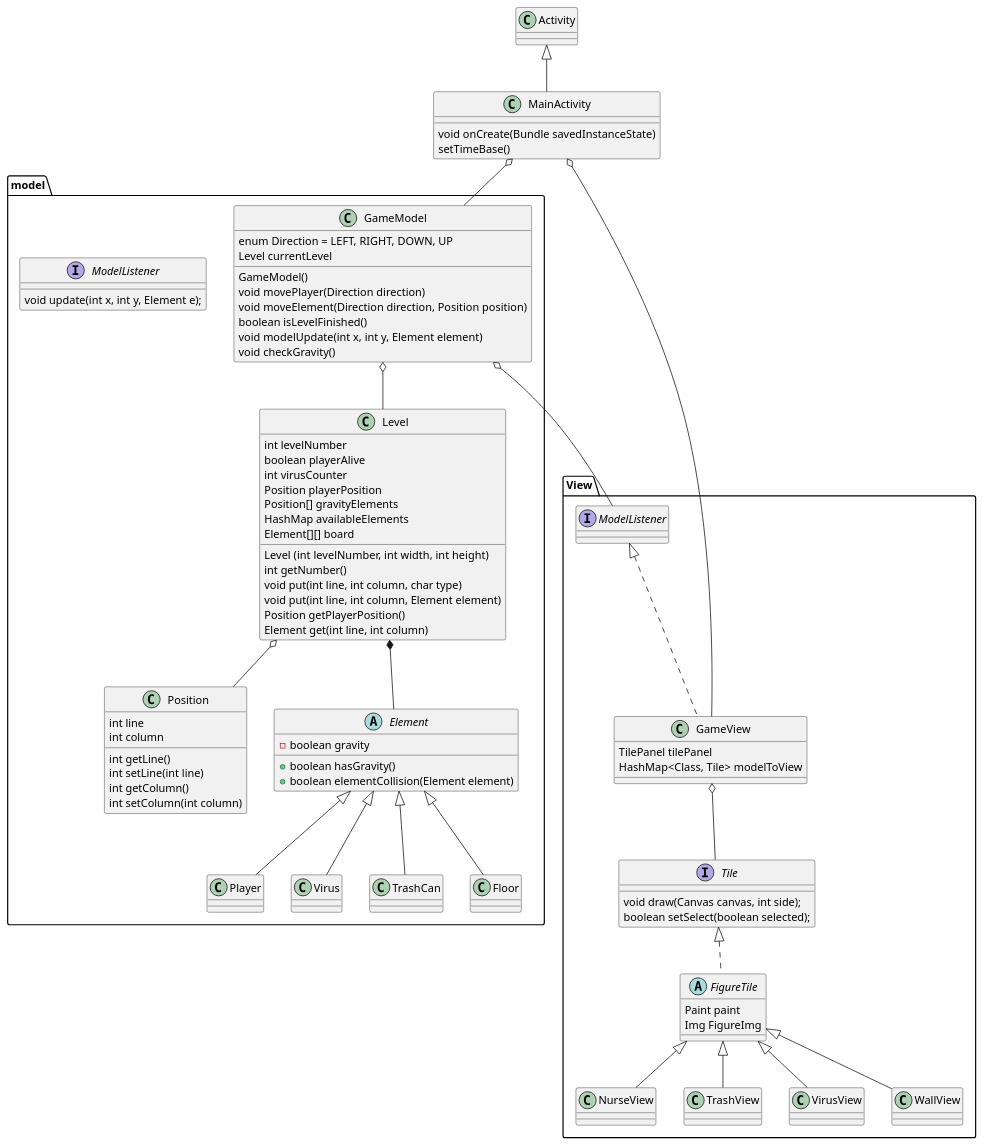
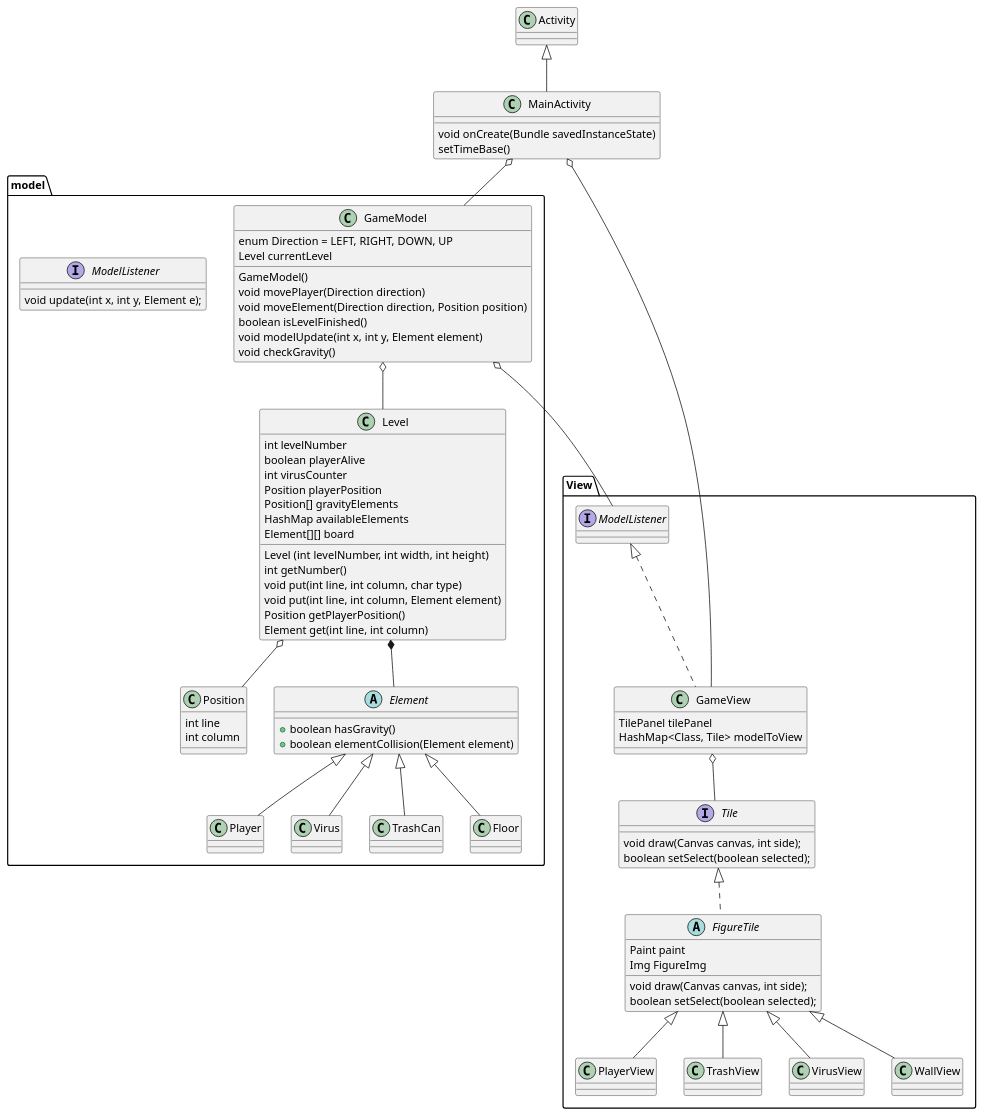
The diagram in covid.puml (Celthund/OOP-Serie3), drawn with PlantUML before and after one commit.

Commit message:
add new method remove unnecessary properties

```diff
--- a/covid.puml
+++ b/covid.puml
@@ -1,97 +1,94 @@
 @startuml
 
 
 
 class MainActivity extends Activity{
     void onCreate(Bundle savedInstanceState)
     setTimeBase()
 }
 
 package View {
     MainActivity o-- GameView
     GameView o-- Tile
     interface Tile {
         void draw(Canvas canvas, int side);
         boolean setSelect(boolean selected);
     }
     abstract class FigureTile implements Tile {
         Paint paint
         Img FigureImg
+        void draw(Canvas canvas, int side);
+        boolean setSelect(boolean selected);
     }
     class GameView implements ModelListener {
         TilePanel tilePanel
         HashMap<Class, Tile> modelToView
     }
-    class NurseView extends FigureTile
+    class PlayerView extends FigureTile
     class TrashView extends FigureTile
     class VirusView extends FigureTile
     class WallView extends FigureTile
 }
 
 package model {
 
     MainActivity o-- GameModel
     GameModel o-- Level
     GameModel o-- ModelListener
     Level o-- Position
     Level *-- Element
 
     interface ModelListener {
         void update(int x, int y, Element e);
     }
 
     class Position {
         int line
         int column
-        int getLine()
-        int setLine(int line)
-        int getColumn()
-        int setColumn(int column)
     }
 
     class GameModel {
         enum Direction = LEFT, RIGHT, DOWN, UP
         Level currentLevel
         GameModel()
         void movePlayer(Direction direction)
         void moveElement(Direction direction, Position position)
         boolean isLevelFinished()
         void modelUpdate(int x, int y, Element element)
         void checkGravity()
     }
 
     class Level {
         int levelNumber
         boolean playerAlive
         int virusCounter
         Position playerPosition
         Position[] gravityElements
         HashMap availableElements
         Element[][] board
         Level (int levelNumber, int width, int height)
         int getNumber()
         void put(int line, int column, char type)
         void put(int line, int column, Element element)
         Position getPlayerPosition()
         Element get(int line, int column)
     }
 
     abstract class Element {
-        -boolean gravity
         +boolean hasGravity()
         +boolean elementCollision(Element element)
     }
 
     class Player extends Element{
     }
 
     class Virus extends Element {
     }
 
     class TrashCan extends Element {
     }
 
     class Floor extends Element {
     }
 }
 @enduml
```
